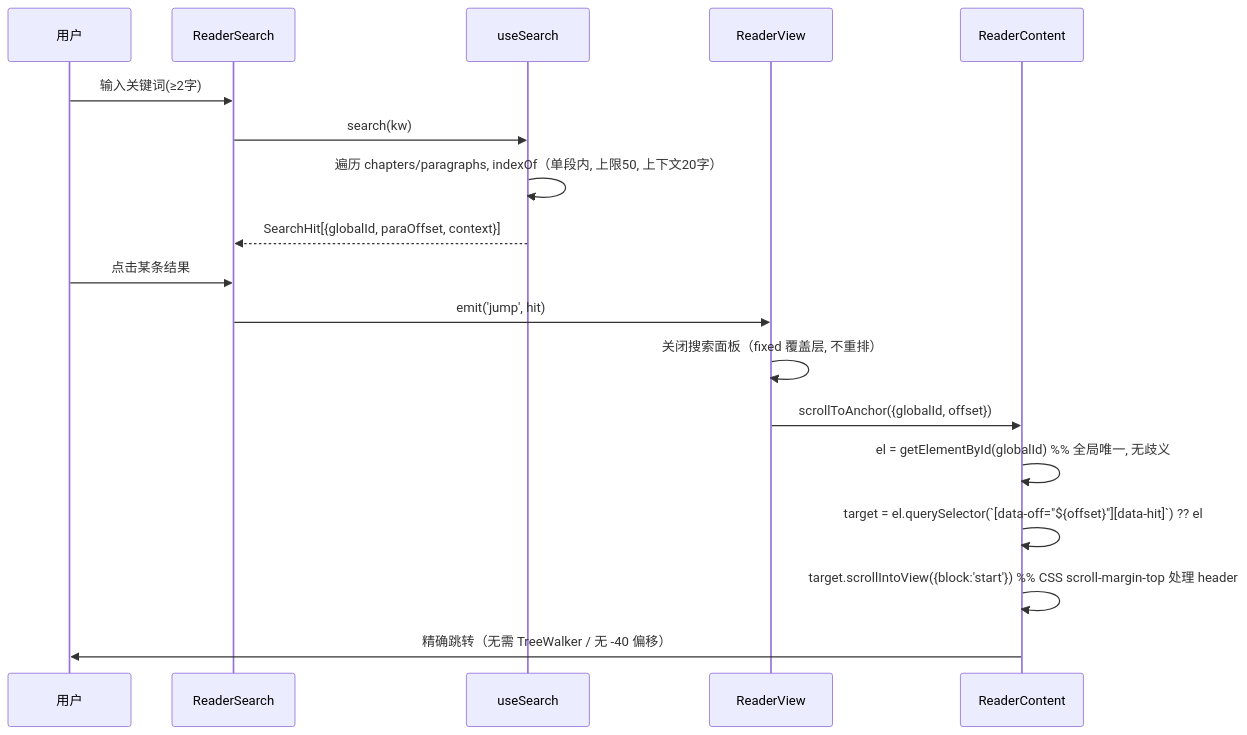
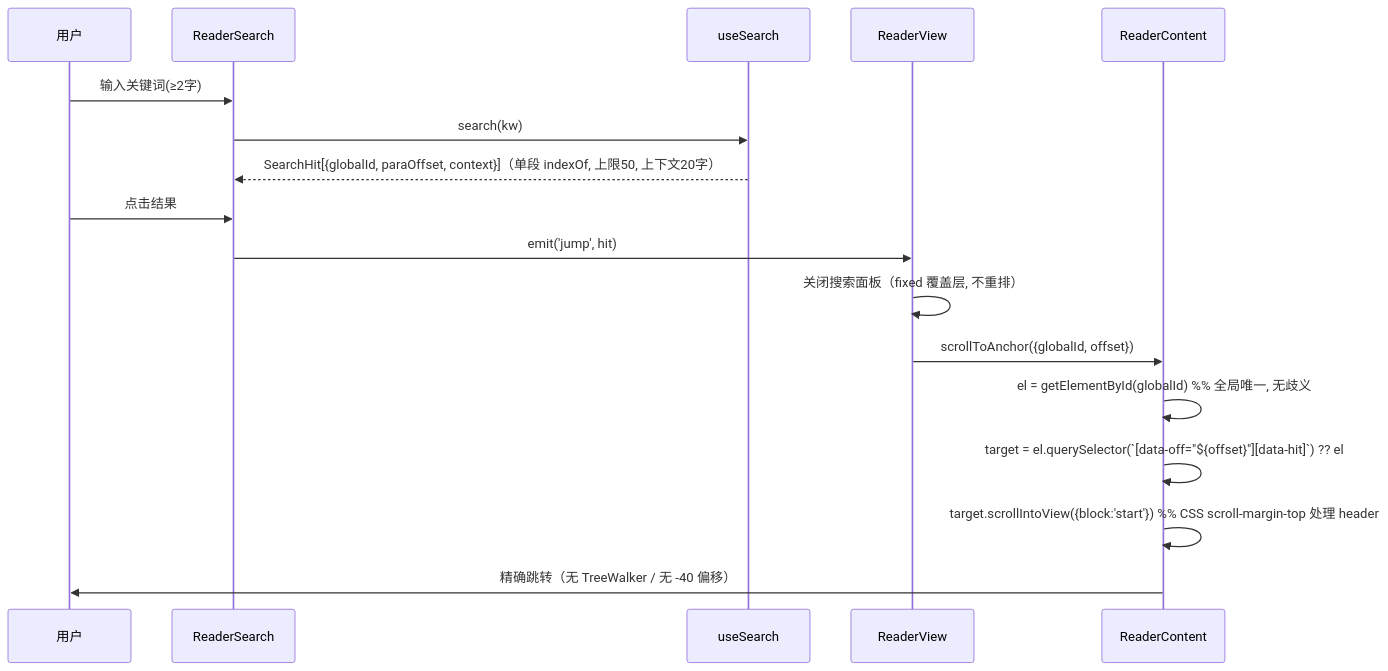
The fourth of 5 diagrams in docs/plans/2026-09-29-v4.0-development-plan.md (duckytan/buddhist-reader), drawn with Mermaid before and after one commit. The commit also changed other lines of this file and 2 other files, not shown here.

````diff
--- a/docs/plans/2026-09-29-v4.0-development-plan.md
+++ b/docs/plans/2026-09-29-v4.0-development-plan.md
@@ -496,20 +660,19 @@
 ```mermaid
 sequenceDiagram
     participant U as 用户
     participant RS as ReaderSearch
     participant SE as useSearch
     participant RV as ReaderView
     participant RC as ReaderContent
     U->>RS: 输入关键词(≥2字)
     RS->>SE: search(kw)
-    SE->>SE: 遍历 chapters/paragraphs, indexOf（单段内, 上限50, 上下文20字）
-    SE-->>RS: SearchHit[{globalId, paraOffset, context}]
-    U->>RS: 点击某条结果
+    SE-->>RS: SearchHit[{globalId, paraOffset, context}]（单段 indexOf, 上限50, 上下文20字）
+    U->>RS: 点击结果
     RS->>RV: emit('jump', hit)
     RV->>RV: 关闭搜索面板（fixed 覆盖层, 不重排）
     RV->>RC: scrollToAnchor({globalId, offset})
-    RC->>RC: el = getElementById(globalId)  %% 全局唯一, 无歧义
+    RC->>RC: el = getElementById(globalId)          %% 全局唯一, 无歧义
     RC->>RC: target = el.querySelector(`[data-off="${offset}"][data-hit]`) ?? el
-    RC->>RC: target.scrollIntoView({block:'start'})  %% CSS scroll-margin-top 处理 header
-    RC->>U: 精确跳转（无需 TreeWalker / 无 -40 偏移）
+    RC->>RC: target.scrollIntoView({block:'start'}) %% CSS scroll-margin-top 处理 header
+    RC->>U: 精确跳转（无 TreeWalker / 无 -40 偏移）
 ```
````
